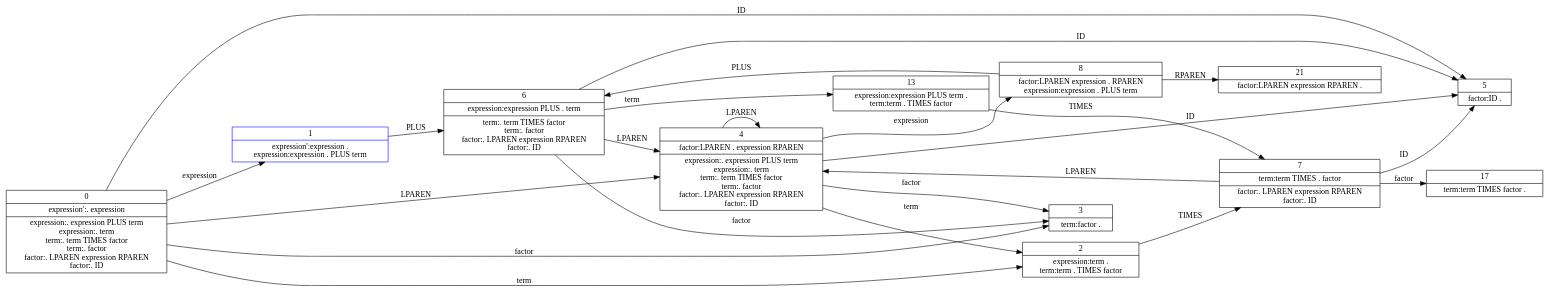
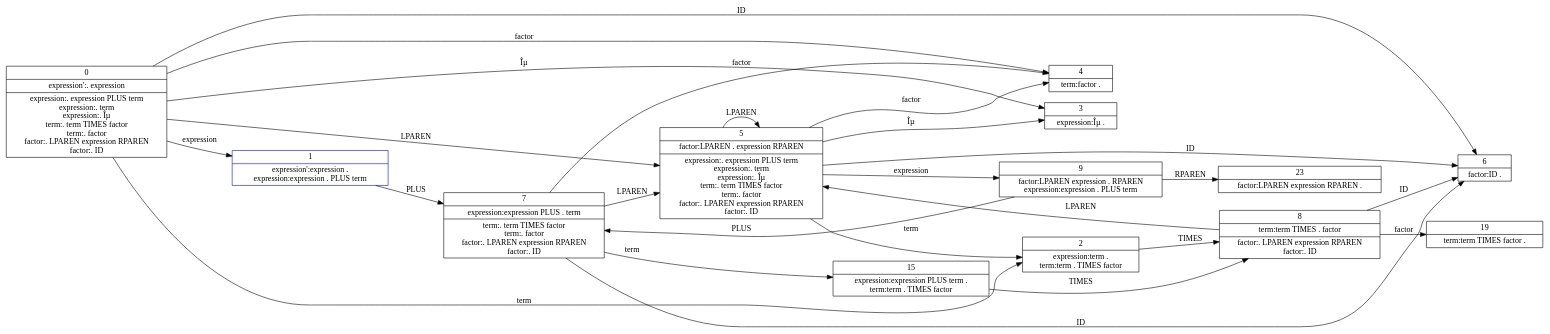
Before and after one commit to bryannalfaro/Dise-odeLenguajes: the diagram in test-output1/automata1.gv, drawn with Graphviz. The commit also changed 4 other files, not shown here.

```diff
--- a/test-output1/automata1.gv
+++ b/test-output1/automata1.gv
@@ -1,38 +1,41 @@
 digraph automata1 {
 	node [shape=record]
 	rankdir=LR
-	0 [label="0 | expression':. expression\n|expression:. expression PLUS term\nexpression:. term\nterm:. term TIMES factor\nterm:. factor\nfactor:. LPAREN expression RPAREN\nfactor:. ID\n"]
+	0 [label="0 | expression':. expression\n|expression:. expression PLUS term\nexpression:. term\nexpression:. Îµ\nterm:. term TIMES factor\nterm:. factor\nfactor:. LPAREN expression RPAREN\nfactor:. ID\n"]
 	1 [label="1 | expression':expression . \nexpression:expression . PLUS term \n" color=blue]
 	2 [label="2 | expression:term . \nterm:term . TIMES factor \n"]
-	3 [label="3 | term:factor . \n"]
-	4 [label="4 | factor:LPAREN . expression RPAREN \n|expression:. expression PLUS term\nexpression:. term\nterm:. term TIMES factor\nterm:. factor\nfactor:. LPAREN expression RPAREN\nfactor:. ID\n"]
-	5 [label="5 | factor:ID . \n"]
-	6 [label="6 | expression:expression PLUS . term \n|term:. term TIMES factor\nterm:. factor\nfactor:. LPAREN expression RPAREN\nfactor:. ID\n"]
-	7 [label="7 | term:term TIMES . factor \n|factor:. LPAREN expression RPAREN\nfactor:. ID\n"]
-	8 [label="8 | factor:LPAREN expression . RPAREN \nexpression:expression . PLUS term \n"]
-	13 [label="13 | expression:expression PLUS term . \nterm:term . TIMES factor \n"]
-	17 [label="17 | term:term TIMES factor . \n"]
-	21 [label="21 | factor:LPAREN expression RPAREN . \n"]
+	3 [label="3 | expression:Îµ . \n"]
+	4 [label="4 | term:factor . \n"]
+	5 [label="5 | factor:LPAREN . expression RPAREN \n|expression:. expression PLUS term\nexpression:. term\nexpression:. Îµ\nterm:. term TIMES factor\nterm:. factor\nfactor:. LPAREN expression RPAREN\nfactor:. ID\n"]
+	6 [label="6 | factor:ID . \n"]
+	7 [label="7 | expression:expression PLUS . term \n|term:. term TIMES factor\nterm:. factor\nfactor:. LPAREN expression RPAREN\nfactor:. ID\n"]
+	8 [label="8 | term:term TIMES . factor \n|factor:. LPAREN expression RPAREN\nfactor:. ID\n"]
+	9 [label="9 | factor:LPAREN expression . RPAREN \nexpression:expression . PLUS term \n"]
+	15 [label="15 | expression:expression PLUS term . \nterm:term . TIMES factor \n"]
+	19 [label="19 | term:term TIMES factor . \n"]
+	23 [label="23 | factor:LPAREN expression RPAREN . \n"]
 	0 -> 1 [label=expression]
 	0 -> 2 [label=term]
-	0 -> 3 [label=factor]
-	0 -> 4 [label=LPAREN]
-	0 -> 5 [label=ID]
-	1 -> 6 [label=PLUS]
-	2 -> 7 [label=TIMES]
-	4 -> 8 [label=expression]
-	4 -> 2 [label=term]
-	4 -> 3 [label=factor]
-	4 -> 4 [label=LPAREN]
-	4 -> 5 [label=ID]
-	6 -> 13 [label=term]
-	6 -> 3 [label=factor]
-	6 -> 4 [label=LPAREN]
-	6 -> 5 [label=ID]
-	7 -> 17 [label=factor]
-	7 -> 4 [label=LPAREN]
-	7 -> 5 [label=ID]
-	8 -> 6 [label=PLUS]
-	8 -> 21 [label=RPAREN]
-	13 -> 7 [label=TIMES]
+	0 -> 3 [label="Îµ"]
+	0 -> 4 [label=factor]
+	0 -> 5 [label=LPAREN]
+	0 -> 6 [label=ID]
+	1 -> 7 [label=PLUS]
+	2 -> 8 [label=TIMES]
+	5 -> 9 [label=expression]
+	5 -> 2 [label=term]
+	5 -> 3 [label="Îµ"]
+	5 -> 4 [label=factor]
+	5 -> 5 [label=LPAREN]
+	5 -> 6 [label=ID]
+	7 -> 15 [label=term]
+	7 -> 4 [label=factor]
+	7 -> 5 [label=LPAREN]
+	7 -> 6 [label=ID]
+	8 -> 19 [label=factor]
+	8 -> 5 [label=LPAREN]
+	8 -> 6 [label=ID]
+	9 -> 7 [label=PLUS]
+	9 -> 23 [label=RPAREN]
+	15 -> 8 [label=TIMES]
 }
```
